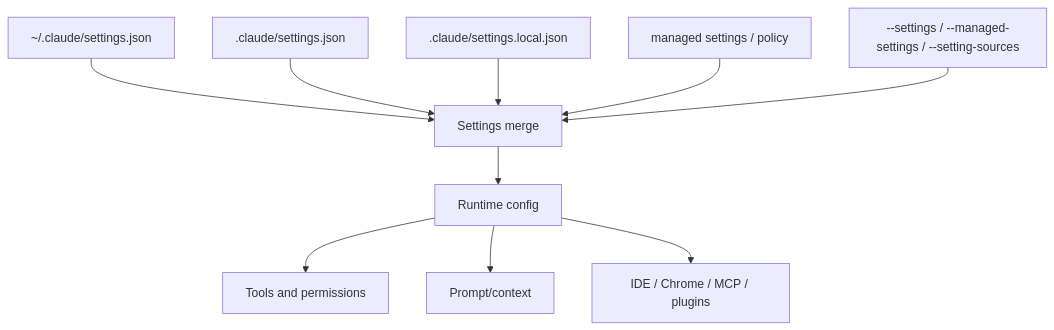
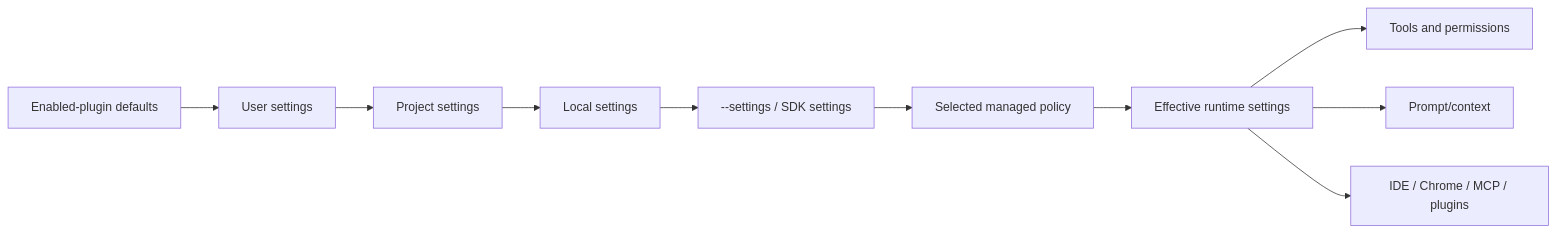
One commit to vibewatch/claude-code-internals changed the first of 3 diagrams in docs/03-tools-integrations-security/settings-policy-and-integrations.md. Above: the diagram before and after it, drawn with Mermaid. The commit also changed other lines of this file and 30 other files, not shown here.

````diff
--- a/docs/03-tools-integrations-security/settings-policy-and-integrations.md
+++ b/docs/03-tools-integrations-security/settings-policy-and-integrations.md
@@ -50,12 +57,12 @@
 ```mermaid
-flowchart TD
-    User[~/.claude/settings.json] --> Merge[Settings merge]
-    Project[.claude/settings.json] --> Merge
-    Local[.claude/settings.local.json] --> Merge
-    Managed[managed settings / policy] --> Merge
-    Flags[--settings / --managed-settings / --setting-sources] --> Merge
-    Merge --> Runtime[Runtime config]
+flowchart LR
+    Defaults[Enabled-plugin defaults] --> User[User settings]
+    User --> Project[Project settings]
+    Project --> Local[Local settings]
+    Local --> Flags[--settings / SDK settings]
+    Flags --> Managed[Selected managed policy]
+    Managed --> Runtime[Effective runtime settings]
     Runtime --> Tools[Tools and permissions]
     Runtime --> Context[Prompt/context]
     Runtime --> Integrations[IDE / Chrome / MCP / plugins]
 ```
````
